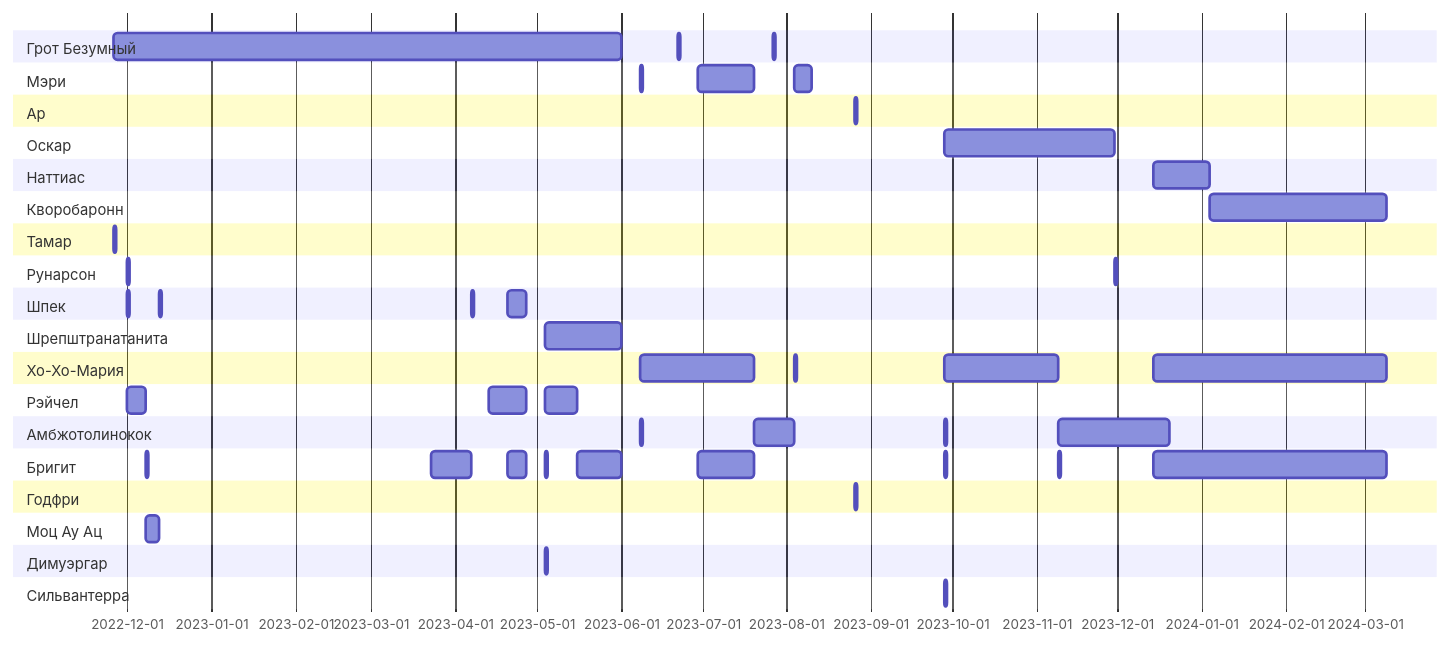
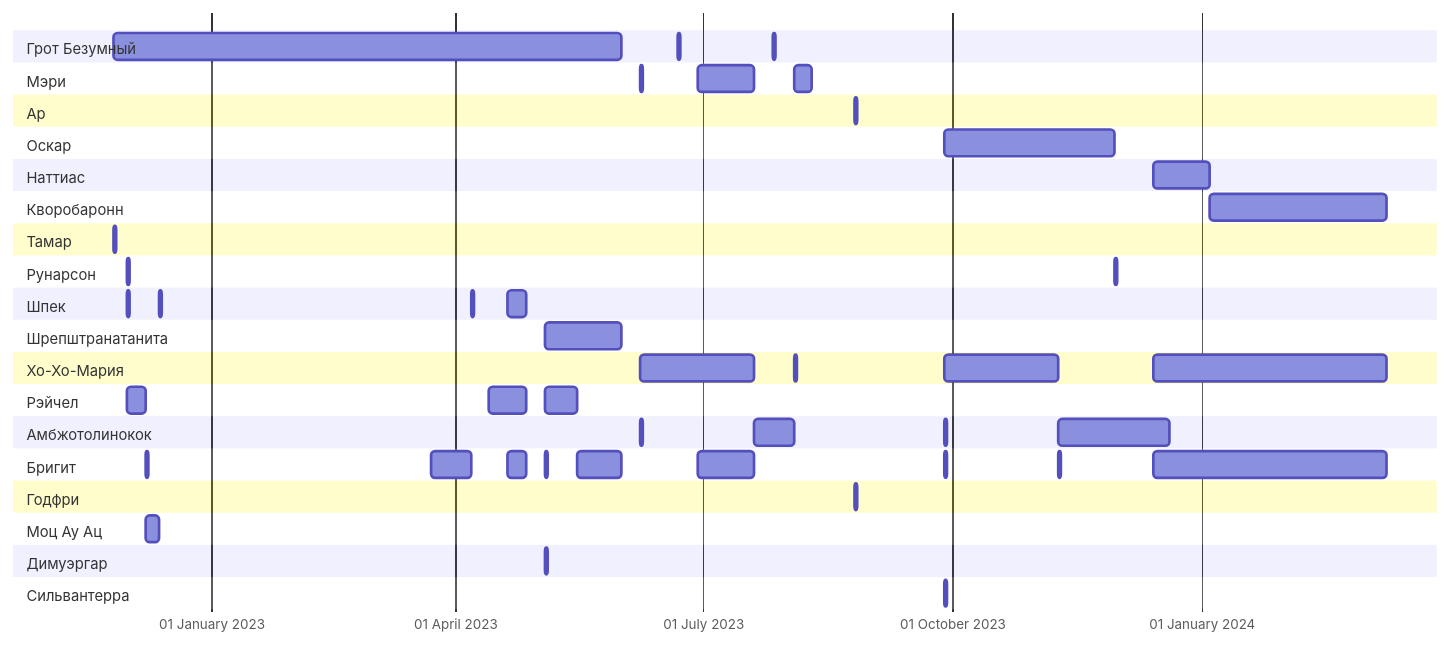
The diagram in src/site/notes/Дневник GG Dungeon.md (filhit/published-dnd-notes), drawn with Mermaid before and after one commit.

Commit message:
Update content src/site/notes/Дневник GG Dungeon.md

````diff
--- a/src/site/notes/Дневник GG Dungeon.md
+++ b/src/site/notes/Дневник GG Dungeon.md
@@ -43,65 +43,67 @@
 ```mermaid
 gantt
 %%{ init: { "gantt": { "displayMode": "compact" } } }%%
     dateFormat YYYY-MM-DD
+    axisFormat %d %B %Y
+    tickInterval 3month
     section Грот Безумный
         ᠎: 2022-11-26,2023-06-01
         ᠎: 2023-06-22, 1d
         ᠎: 2023-07-27, 1d
 	section Мэри
 		᠎: 2023-06-08, 1d
 		᠎: 2023-06-29, 2023-07-20
 		᠎: 2023-08-04, 2023-08-10
 	section Ар
 		᠎: 2023-08-26, 1d 
 	section Оскар
 		᠎: 2023-09-28, 2023-11-30
 	section Наттиас
 		᠎: 2023-12-14, 2024-01-04
 	section Кворобаронн
 		᠎: 2024-01-04, 2024-03-09
     section Тамар
         ᠎ :2022-11-26, 1d
     section Рунарсон
 	    ᠎: 2022-12-01, 1d
 	    ᠎: 2023-11-30, 1d
 	section Шпек
 		᠎: 2022-12-01, 1d
 		᠎: 2022-12-13, 1d
 		᠎: 2023-04-07, 1d
 		᠎: 2023-04-20, 2023-04-27
 	section Шрепштранатанита
 		᠎: 2023-05-04, 2023-06-01
 	section Хо-Хо-Мария
 		᠎: 2023-06-08, 2023-07-20
 		᠎: 2023-08-04, 1d
 		᠎: 2023-09-28, 2023-11-09
 		᠎: 2023-12-14, 2024-03-09
     section Рэйчел
 	    ᠎: 2022-12-01, 2022-12-08
 	    ᠎: 2023-04-13, 2023-04-27
 	    ᠎: 2023-05-04, 2023-05-16
 	section Амбжотолинокок
 		᠎: 2023-06-08, 1d
 		᠎: 2023-07-20, 2023-08-04
 		᠎: 2023-09-28, 1d
 		᠎: 2023-11-09, 2023-12-20
 	section Бригит
 		᠎: 2022-12-08, 1d
 		᠎: 2023-03-23, 2023-04-07
 		᠎: 2023-04-20, 2023-04-27
 		᠎: 2023-05-04, 1d
 		᠎: 2023-05-16, 2023-06-01
 		᠎: 2023-06-29, 2023-07-20
 		᠎: 2023-09-28, 1d
 		᠎: 2023-11-09, 1d
 		᠎: 2023-12-14, 2024-03-09
 	section Годфри
 		᠎: 2023-08-26, 1d 
 	section Моц Ау Ац
 		᠎: 2022-12-08, 2022-12-13
 	section Димуэргар
 		᠎: 2023-05-04, 1d
 	section Сильвантерра
 		᠎: 2023-09-28, 1d
 ```
````
